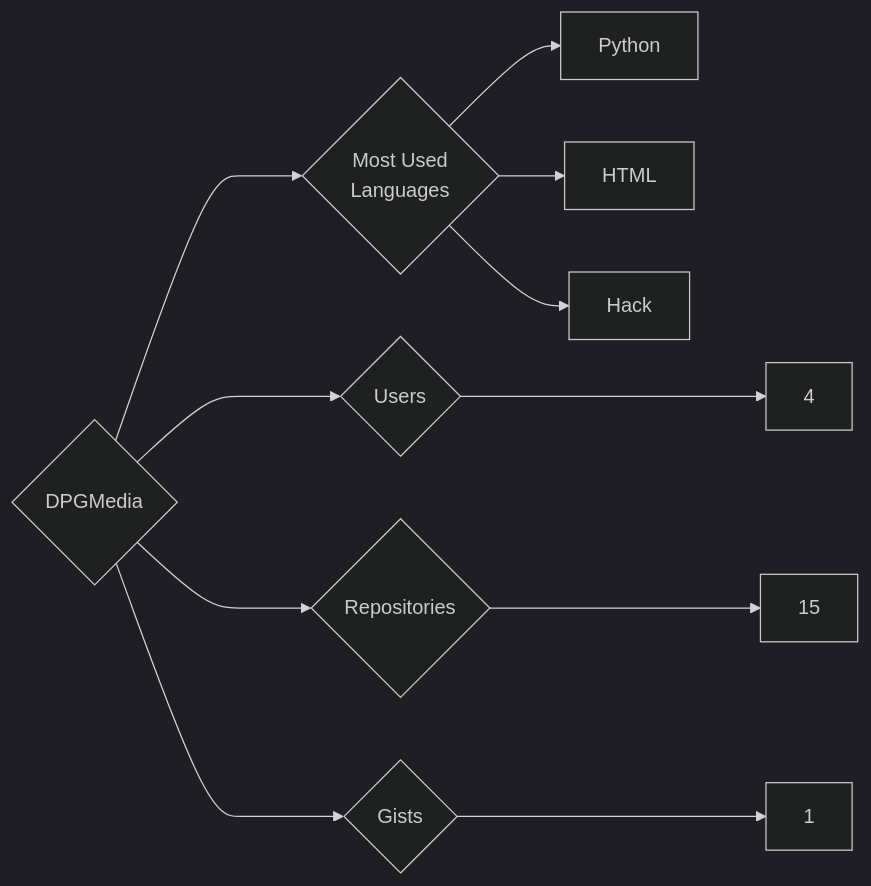
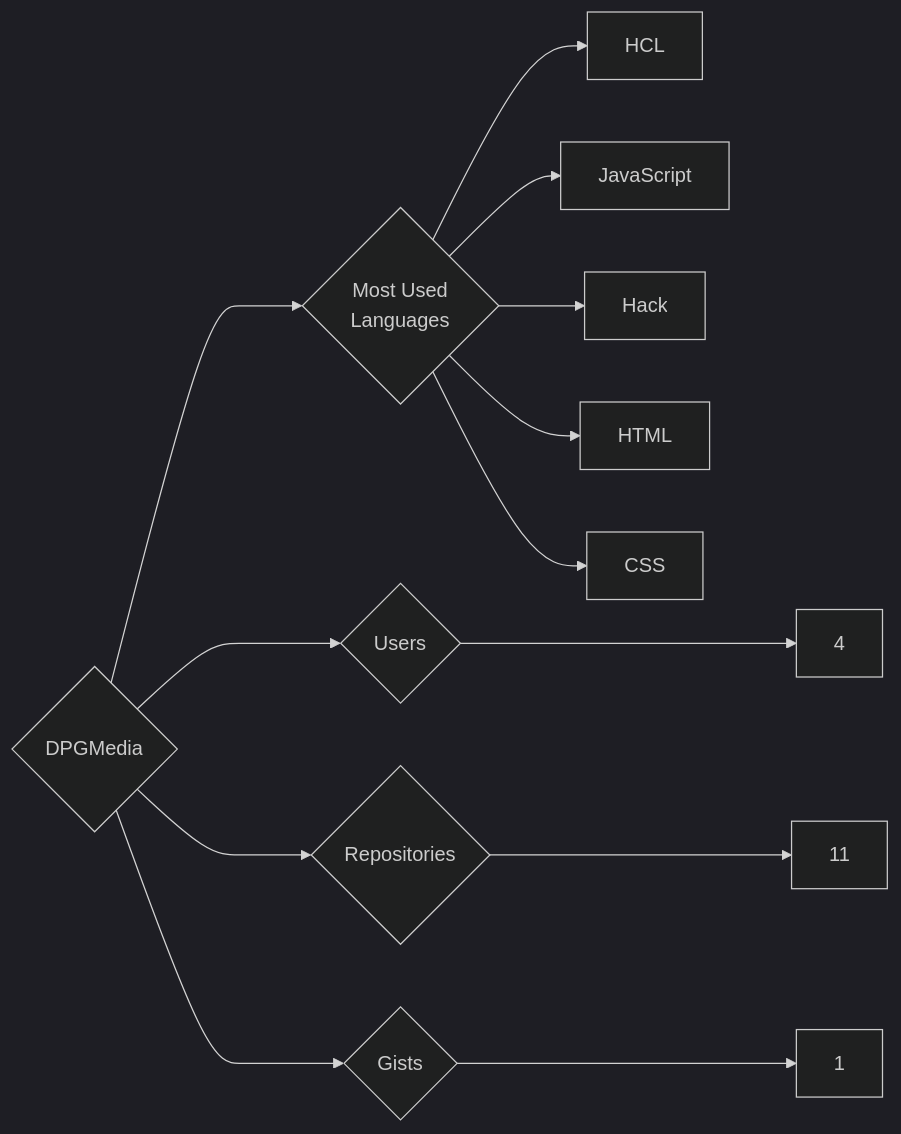
Before and after one commit to trickest/insiders: the diagram in targets/DPGMedia/README.md, drawn with Mermaid (dark theme). The commit also changed 1078 other files, not shown here.

````diff
--- a/targets/DPGMedia/README.md
+++ b/targets/DPGMedia/README.md
@@ -3,11 +3,13 @@
 ```mermaid
 graph LR
 COMPANY_NAME{DPGMedia}
 COMPANY_NAME ---> U{Users} ---> UN[4]
-COMPANY_NAME ---> R{Repositories} ---> RN[15]
+COMPANY_NAME ---> R{Repositories} ---> RN[11]
 COMPANY_NAME ---> G{Gists} ---> GN[1]
 COMPANY_NAME ---> ML{Most Used<br>Languages}
-ML --> Python[Python]
+ML --> HCL[HCL]
+ML --> JavaScript[JavaScript]
+ML --> Hack[Hack]
 ML --> HTML[HTML]
-ML --> Hack[Hack]
+ML --> CSS[CSS]
 ```
````
